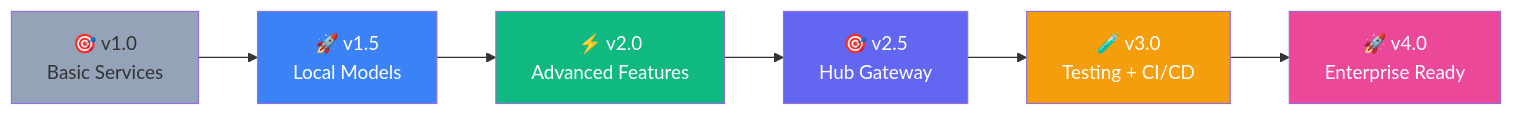
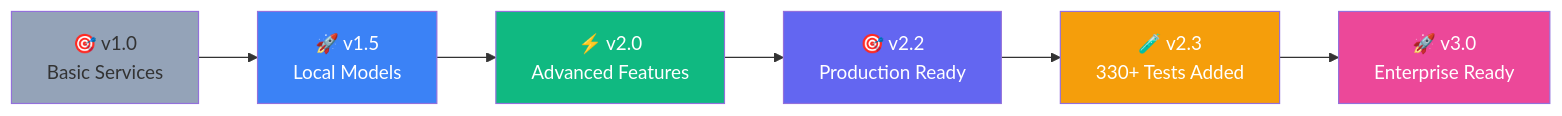
One commit to SkastVnT/AI-Assistant changed diagram 18 of 18 in README.md. Above: the diagram before and after it, drawn with Mermaid. The commit also changed other lines of this file and 2077 other files, not shown here.

````diff
--- a/README.md
+++ b/README.md
@@ -2344,15 +2498,15 @@
 ```mermaid
 graph LR
     A[🎯 v1.0<br/>Basic Services] --> B[🚀 v1.5<br/>Local Models]
     B --> C[⚡ v2.0<br/>Advanced Features]
-    C --> D[🎯 v2.5<br/>Hub Gateway]
-    D --> E[🧪 v3.0<br/>Testing + CI/CD]
-    E --> F[🚀 v4.0<br/>Enterprise Ready]
+    C --> D[🎯 v2.2<br/>Production Ready]
+    D --> E[🧪 v2.3<br/>330+ Tests Added]
+    E --> F[🚀 v3.0<br/>Enterprise Ready]
     
     style A fill:#94A3B8
     style B fill:#3B82F6,color:#fff
     style C fill:#10B981,color:#fff
     style D fill:#6366F1,color:#fff
     style E fill:#F59E0B,color:#fff
     style F fill:#EC4899,color:#fff
 ```
````
